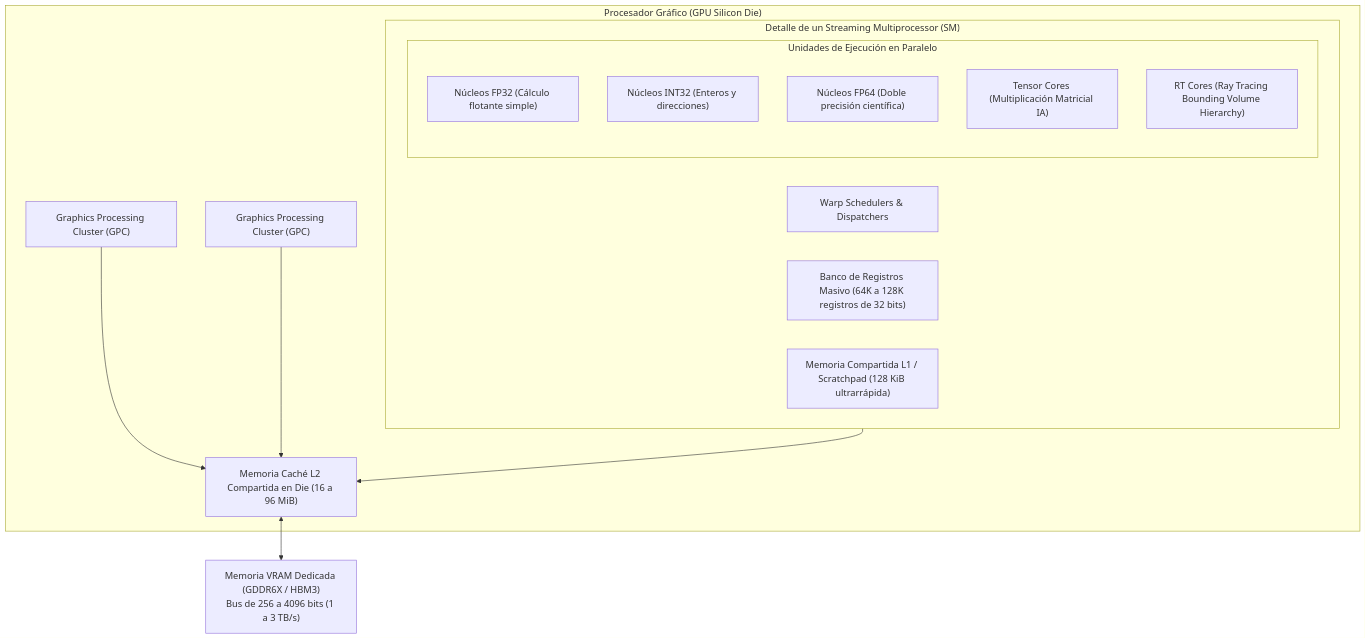
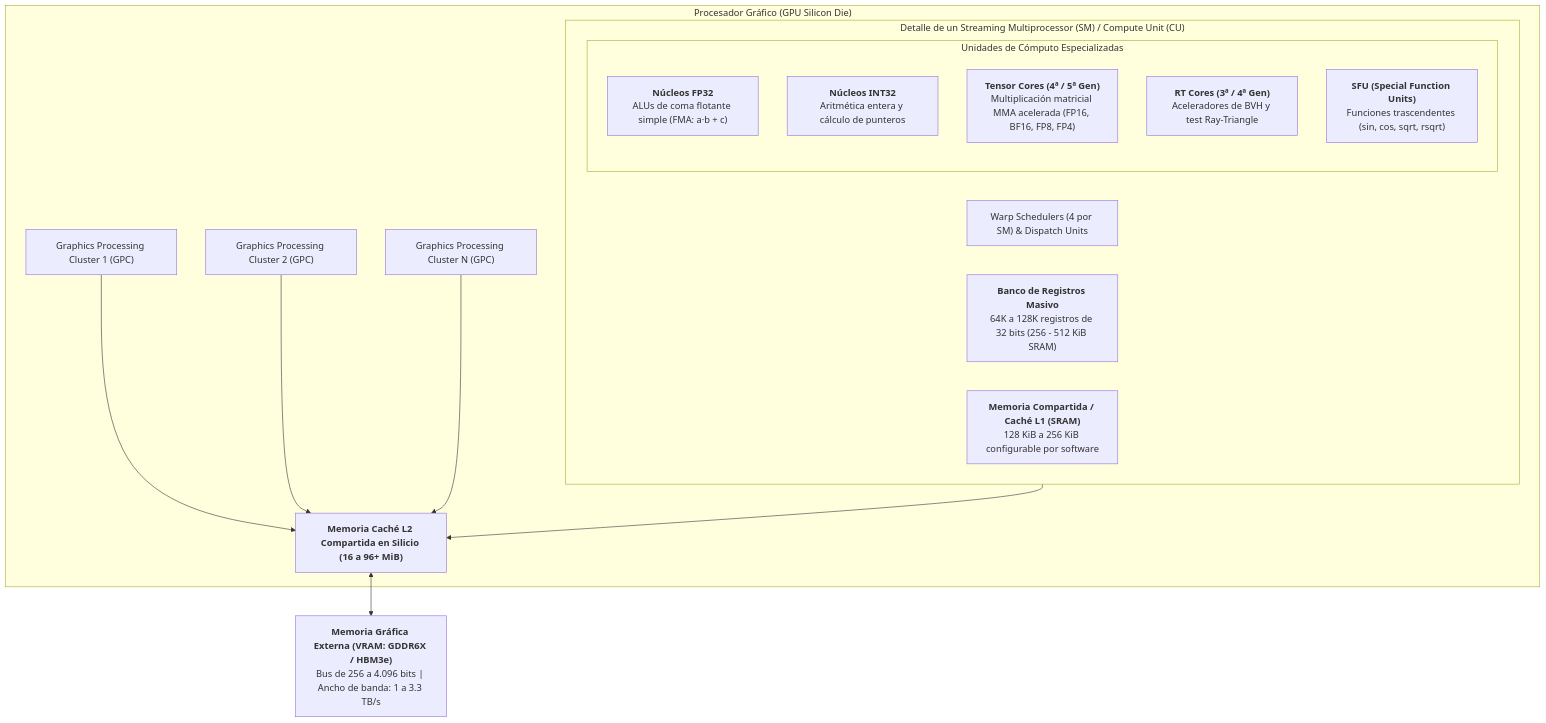
Before and after one commit to kalech7/notes: the second of 11 diagrams in Obsidian/pregrado/Documentos/Arquitectura de computadores/Arquitectura de GPU y Aceleradores Hardware en el Computador.md, drawn with Mermaid. The commit also changed other lines of this file and 7 other files, not shown here.

````diff
--- a/Obsidian/pregrado/Documentos/Arquitectura de computadores/Arquitectura de GPU y Aceleradores Hardware en el Computador.md
+++ b/Obsidian/pregrado/Documentos/Arquitectura de computadores/Arquitectura de GPU y Aceleradores Hardware en el Computador.md
@@ -80,31 +101,33 @@
 ```mermaid
 flowchart TD
     subgraph GPU_Chip ["Procesador Gráfico (GPU Silicon Die)"]
-        GPC1["Graphics Processing Cluster (GPC)"]
-        GPC2["Graphics Processing Cluster (GPC)"]
+        GPC1["Graphics Processing Cluster 1 (GPC)"]
+        GPC2["Graphics Processing Cluster 2 (GPC)"]
+        GPCN["Graphics Processing Cluster N (GPC)"]
         
-        subgraph SM_Detail ["Detalle de un Streaming Multiprocessor (SM)"]
-            WarpSched["Warp Schedulers & Dispatchers"]
-            RegFile["Banco de Registros Masivo (64K a 128K registros de 32 bits)"]
+        subgraph SM_Detail ["Detalle de un Streaming Multiprocessor (SM) / Compute Unit (CU)"]
+            WarpSched["Warp Schedulers (4 por SM) & Dispatch Units"]
+            RegFile["<b>Banco de Registros Masivo</b><br>64K a 128K registros de 32 bits (256 - 512 KiB SRAM)"]
             
-            subgraph Cores ["Unidades de Ejecución en Paralelo"]
-                FP32["Núcleos FP32 (Cálculo flotante simple)"]
-                INT32["Núcleos INT32 (Enteros y direcciones)"]
-                FP64["Núcleos FP64 (Doble precisión científica)"]
-                Tensor["Tensor Cores (Multiplicación Matricial IA)"]
-                RT["RT Cores (Ray Tracing Bounding Volume Hierarchy)"]
+            subgraph ExecutionUnits ["Unidades de Cómputo Especializadas"]
+                FP32["<b>Núcleos FP32</b><br>ALUs de coma flotante simple (FMA: a·b + c)"]
+                INT32["<b>Núcleos INT32</b><br>Aritmética entera y cálculo de punteros"]
+                Tensor["<b>Tensor Cores (4ª / 5ª Gen)</b><br>Multiplicación matricial MMA acelerada (FP16, BF16, FP8, FP4)"]
+                RT["<b>RT Cores (3ª / 4ª Gen)</b><br>Aceleradores de BVH y test Ray-Triangle"]
+                SFU["<b>SFU (Special Function Units)</b><br>Funciones trascendentes (sin, cos, sqrt, rsqrt)"]
             end
             
-            SharedMem["Memoria Compartida L1 / Scratchpad (128 KiB ultrarrápida)"]
+            SharedMem["<b>Memoria Compartida / Caché L1 (SRAM)</b><br>128 KiB a 256 KiB configurable por software"]
         end
 
-        L2Cache["Memoria Caché L2 Compartida en Die (16 a 96 MiB)"]
+        L2Cache["<b>Memoria Caché L2 Compartida en Silicio (16 a 96+ MiB)</b>"]
     end
 
-    VRAM["Memoria VRAM Dedicada (GDDR6X / HBM3)<br>Bus de 256 a 4096 bits (1 a 3 TB/s)"]
+    VRAM["<b>Memoria Gráfica Externa (VRAM: GDDR6X / HBM3e)</b><br>Bus de 256 a 4.096 bits | Ancho de banda: 1 a 3.3 TB/s"]
 
     SM_Detail --> L2Cache
     GPC1 --> L2Cache
     GPC2 --> L2Cache
+    GPCN --> L2Cache
     L2Cache <--> VRAM
 ```
````
